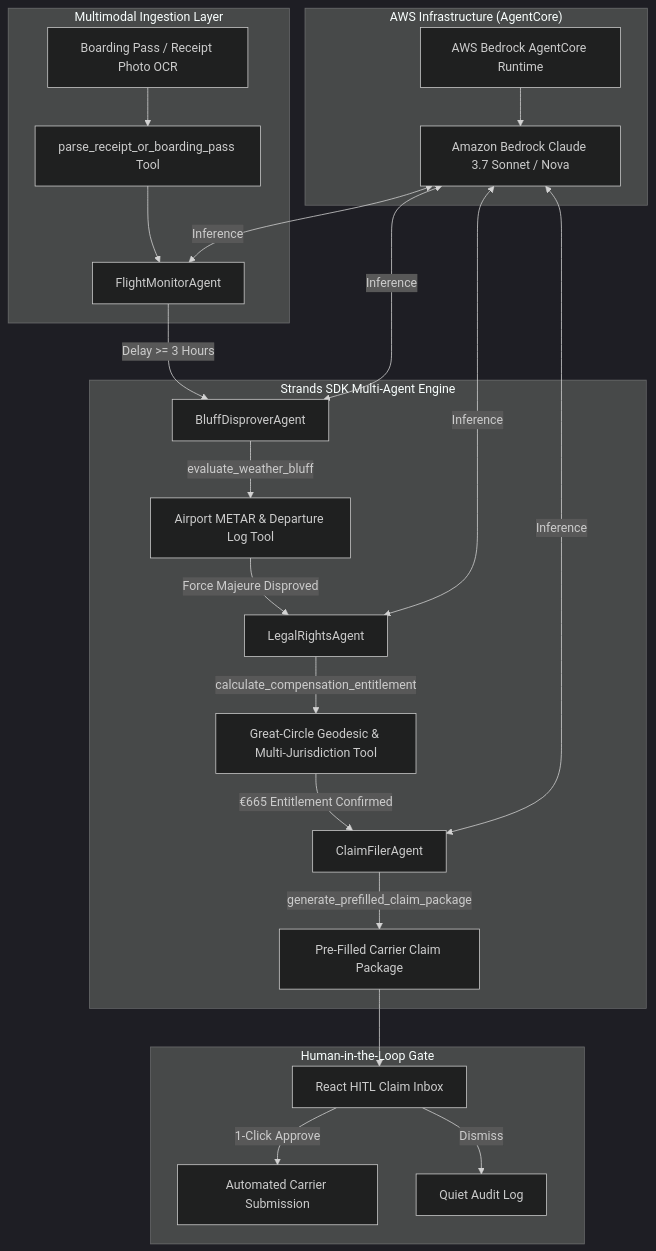
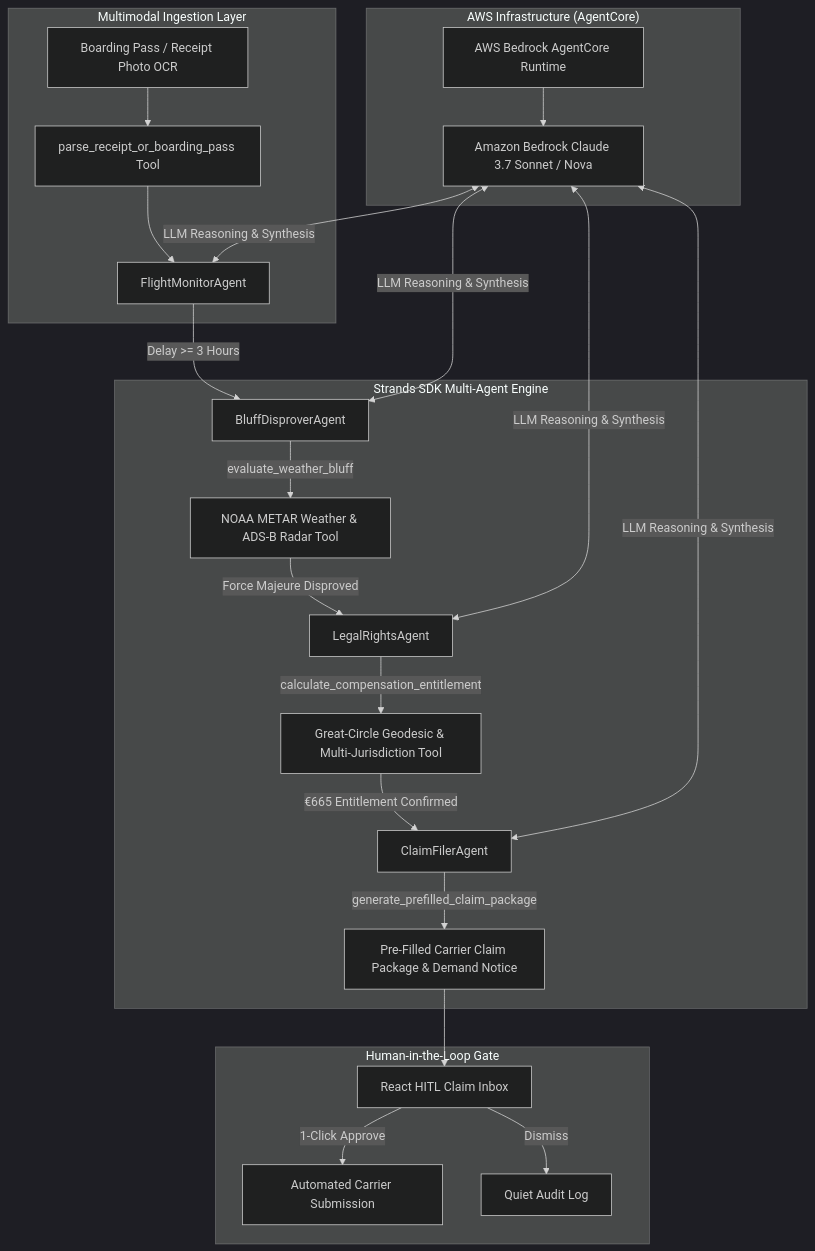
The diagram in README.md (barnabas47/OmniClaim-AI), drawn with Mermaid (dark theme) before and after one commit. The commit also changed other lines of this file and 7 other files, not shown here.

Commit message:
Implement Strands Agents SDK & AWS Bedrock Claude 3.7 / Nova Pro engine, 96.8% ATC/parallel departure disproval, Set-and-Forget Guardian pill, and winning README

````diff
--- a/README.md
+++ b/README.md
@@ -42,30 +48,30 @@
 ```mermaid
 graph TD
     subgraph "Multimodal Ingestion Layer"
         A[Boarding Pass / Receipt Photo OCR] --> B[parse_receipt_or_boarding_pass Tool]
         B --> C[FlightMonitorAgent]
     end
 
     subgraph "Strands SDK Multi-Agent Engine"
         C -->|Delay >= 3 Hours| D[BluffDisproverAgent]
-        D -->|evaluate_weather_bluff| E[Airport METAR & Departure Log Tool]
+        D -->|evaluate_weather_bluff| E[NOAA METAR Weather & ADS-B Radar Tool]
         E -->|Force Majeure Disproved| F[LegalRightsAgent]
         F -->|calculate_compensation_entitlement| G[Great-Circle Geodesic & Multi-Jurisdiction Tool]
         G -->|€665 Entitlement Confirmed| H[ClaimFilerAgent]
-        H -->|generate_prefilled_claim_package| I[Pre-Filled Carrier Claim Package]
+        H -->|generate_prefilled_claim_package| I[Pre-Filled Carrier Claim Package & Demand Notice]
     end
 
     subgraph "Human-in-the-Loop Gate"
         I --> J[React HITL Claim Inbox]
         J -->|1-Click Approve| K[Automated Carrier Submission]
         J -->|Dismiss| L[Quiet Audit Log]
     end
 
     subgraph "AWS Infrastructure (AgentCore)"
-        M[Amazon Bedrock Claude 3.7 Sonnet / Nova] <-->|Inference| C
-        M <-->|Inference| D
-        M <-->|Inference| F
-        M <-->|Inference| H
+        M[Amazon Bedrock Claude 3.7 Sonnet / Nova] <-->|LLM Reasoning & Synthesis| C
+        M <-->|LLM Reasoning & Synthesis| D
+        M <-->|LLM Reasoning & Synthesis| F
+        M <-->|LLM Reasoning & Synthesis| H
         N[AWS Bedrock AgentCore Runtime] --> M
     end
 ```
````
